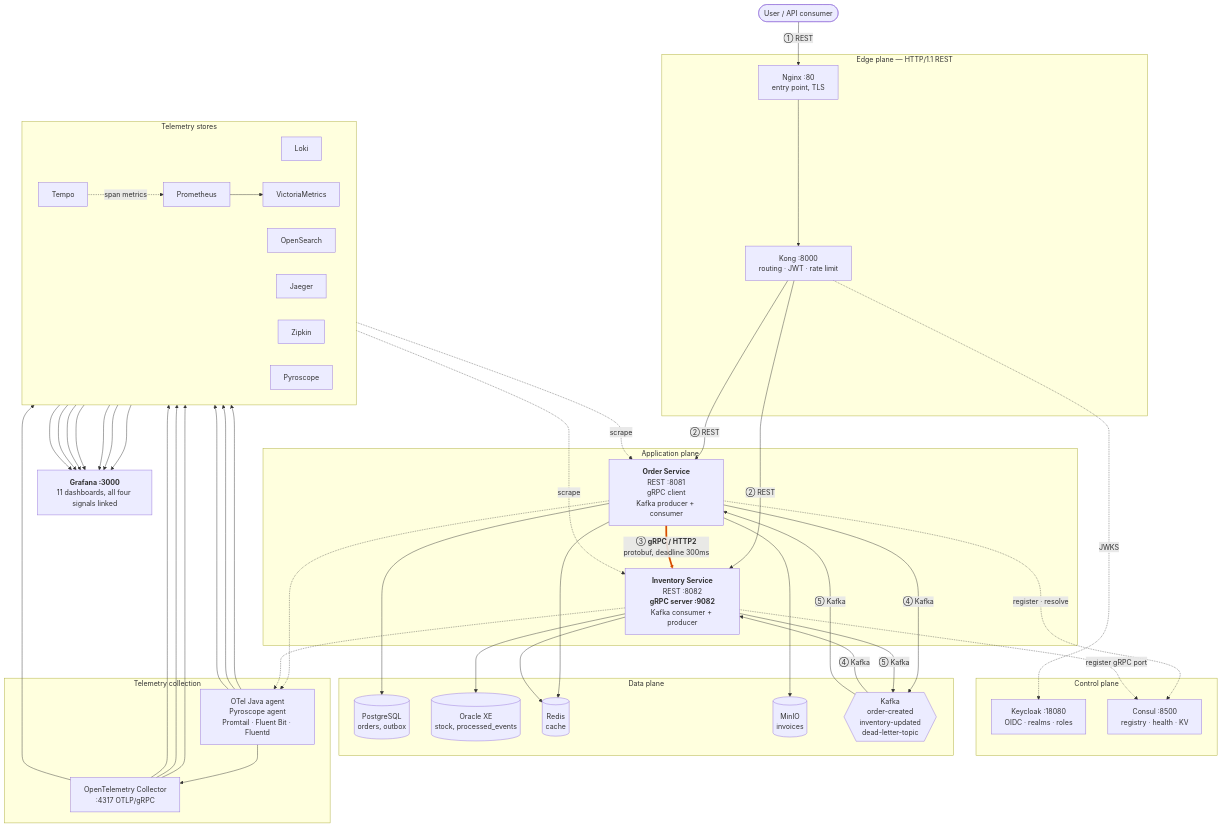
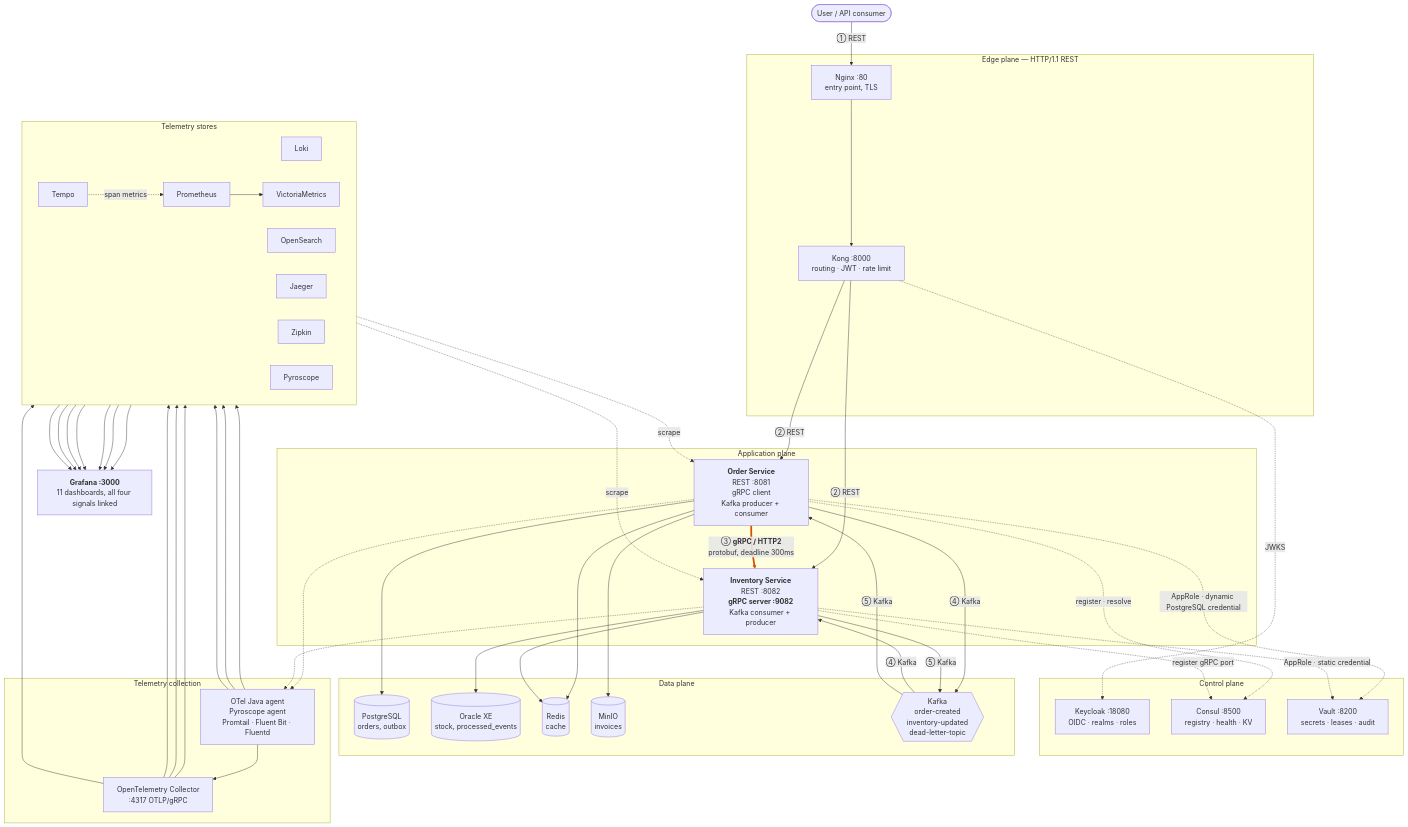
The first of 3 diagrams in SYSTEM_ARCHITECTURE.md (minhvuongvu/observability-lab-parent), drawn with Mermaid before and after one commit. The commit also changed other lines of this file and 44 other files, not shown here.

```diff
--- a/SYSTEM_ARCHITECTURE.md
+++ b/SYSTEM_ARCHITECTURE.md
@@ -24,6 +24,7 @@
     subgraph Control["Control plane"]
         Keycloak["Keycloak :18080<br/>OIDC · realms · roles"]
         Consul["Consul :8500<br/>registry · health · KV"]
+        Vault["Vault :8200<br/>secrets · leases · audit"]
     end
 
     subgraph Apps["Application plane"]
@@ -77,6 +78,8 @@
     Inventory --> Redis
 
     Order -.->|register · resolve| Consul
+    Order -.->|AppRole · dynamic PostgreSQL credential| Vault
+    Inventory -.->|AppRole · static credential| Vault
     Inventory -.->|register gRPC port| Consul
 
     Order -.-> Agents
```
